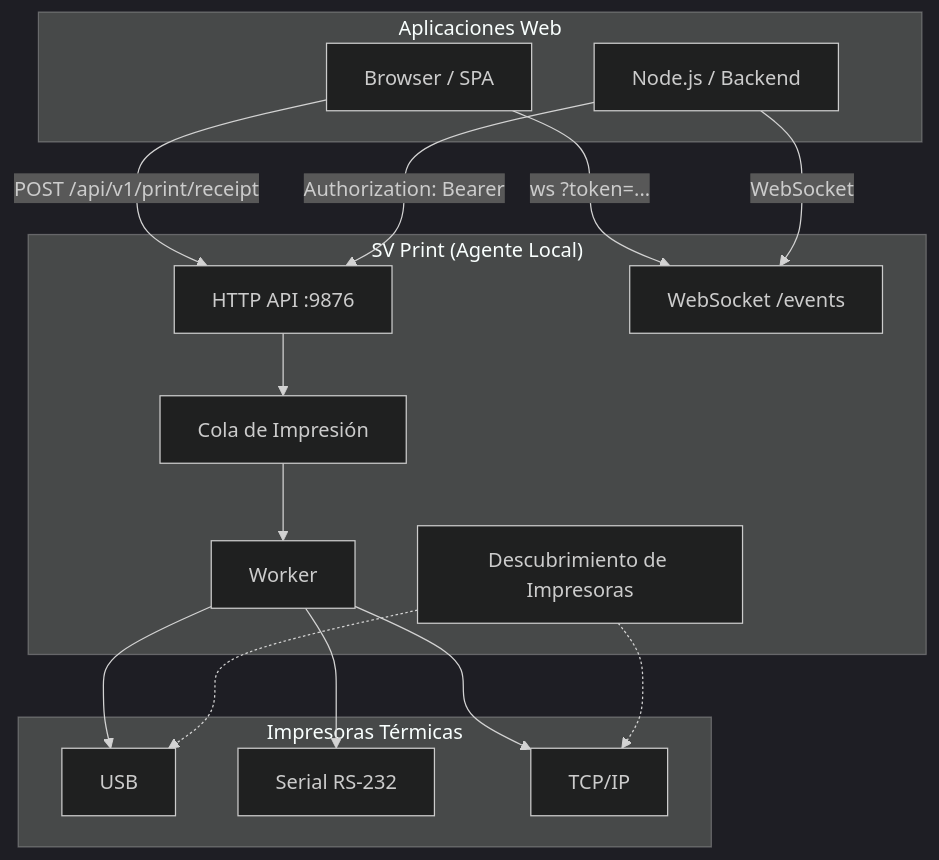
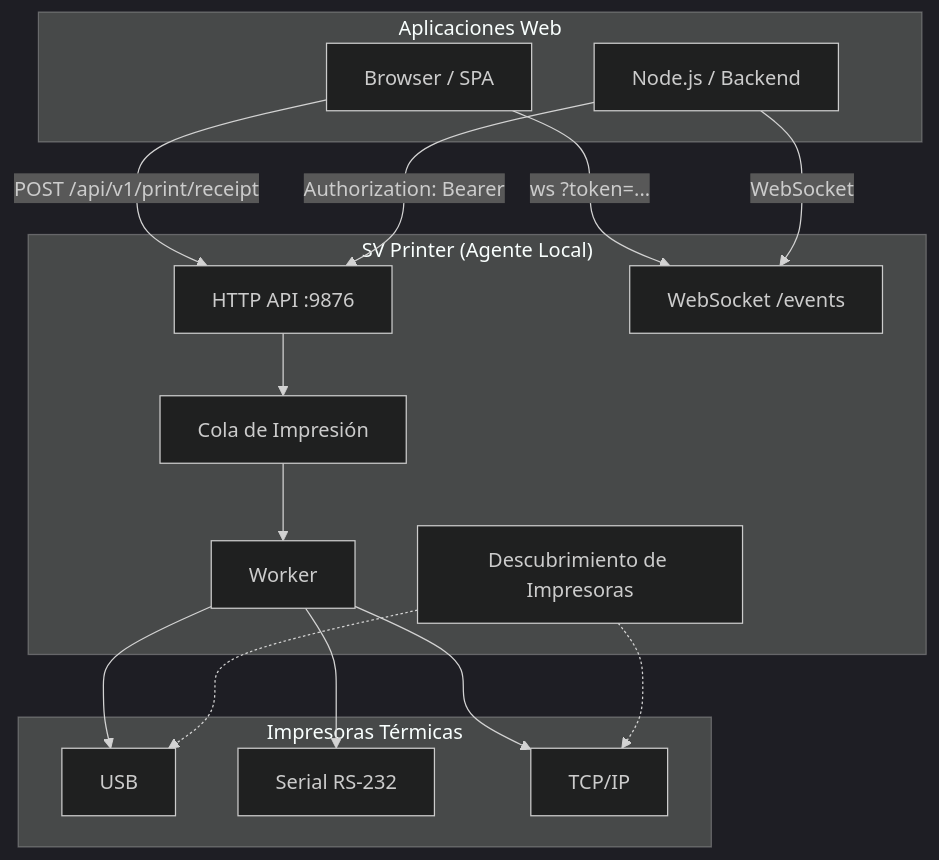
One commit to svtech-code/sv-printer changed the diagram in README_ES.md. Above: the diagram before and after it, drawn with Mermaid (dark theme). The commit also changed other lines of this file and 4 other files, not shown here.

````diff
--- a/README_ES.md
+++ b/README_ES.md
@@ -58,31 +58,31 @@
 ```mermaid
 flowchart TD
     subgraph Clients["Aplicaciones Web"]
         WEB[Browser / SPA]
         NODE[Node.js / Backend]
     end
 
-    subgraph Agent["SV Print (Agente Local)"]
+    subgraph Agent["SV Printer (Agente Local)"]
         API[HTTP API :9876]
         WS[WebSocket /events]
         Q[Cola de Impresión]
         W[Worker]
         DISC[Descubrimiento de Impresoras]
     end
 
     subgraph Devices["Impresoras Térmicas"]
         USB[USB]
         SER[Serial RS-232]
         NET[TCP/IP]
     end
 
     WEB -->|"POST /api/v1/print/receipt"| API
     WEB -->|"ws ?token=..."| WS
     NODE -->|"Authorization: Bearer"| API
     NODE -->|WebSocket| WS
     API --> Q --> W --> USB
     W --> SER
     W --> NET
     DISC -.-> USB
     DISC -.-> NET
 ```
````
